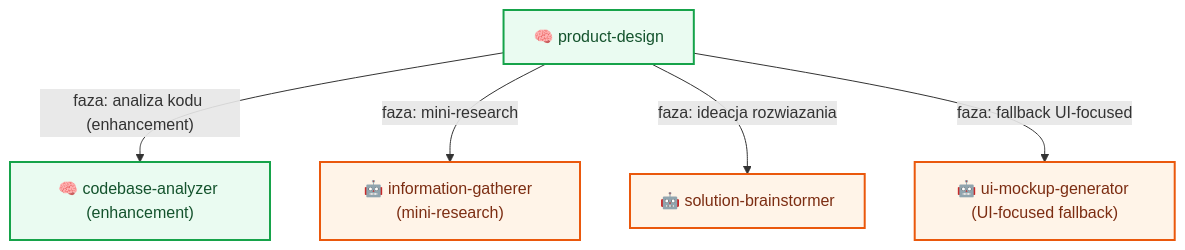
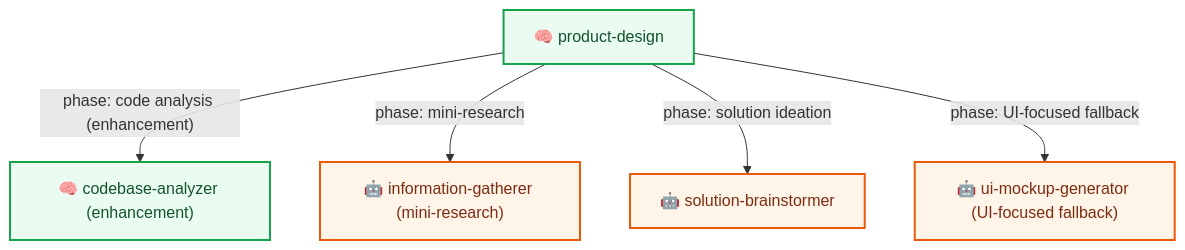
Before and after one commit to plucins/flowbit: the seventh of 11 diagrams in docs/flow/workflows.md, drawn with Mermaid. The commit also changed other lines of this file and 11 other files, not shown here.

````diff
--- a/docs/flow/workflows.md
+++ b/docs/flow/workflows.md
@@ -187,12 +187,12 @@
 ```mermaid
 graph TD
-  PD2["🧠 product-design"] -- "faza: analiza kodu (enhancement)" --> CODEBASE_PD["🧠 codebase-analyzer (enhancement)"]
-  PD2 -- "faza: mini-research" --> GATHER_PD["🤖 information-gatherer (mini-research)"]
-  PD2 -- "faza: ideacja rozwiazania" --> BRAIN_PD["🤖 solution-brainstormer"]
-  PD2 -- "faza: fallback UI-focused" --> UI_PD["🤖 ui-mockup-generator (UI-focused fallback)"]
+  PD2["🧠 product-design"] -- "phase: code analysis (enhancement)" --> CODEBASE_PD["🧠 codebase-analyzer (enhancement)"]
+  PD2 -- "phase: mini-research" --> GATHER_PD["🤖 information-gatherer (mini-research)"]
+  PD2 -- "phase: solution ideation" --> BRAIN_PD["🤖 solution-brainstormer"]
+  PD2 -- "phase: UI-focused fallback" --> UI_PD["🤖 ui-mockup-generator (UI-focused fallback)"]
 
   classDef skill fill:#EAFBF1,stroke:#16A34A,stroke-width:2px,color:#14532D;
   classDef agent fill:#FFF4E8,stroke:#EA580C,stroke-width:2px,color:#7C2D12;
   class PD2,CODEBASE_PD skill;
   class GATHER_PD,BRAIN_PD,UI_PD agent;
 ```
````
